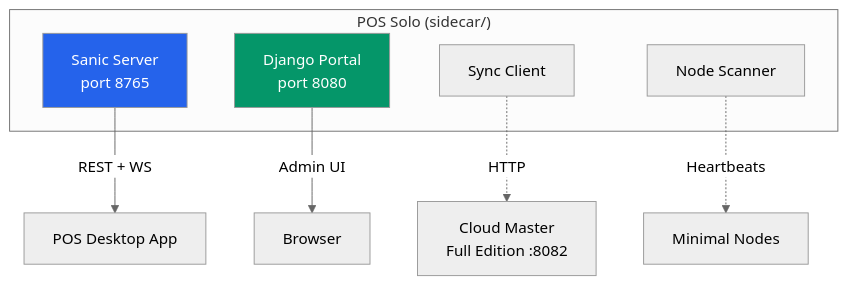
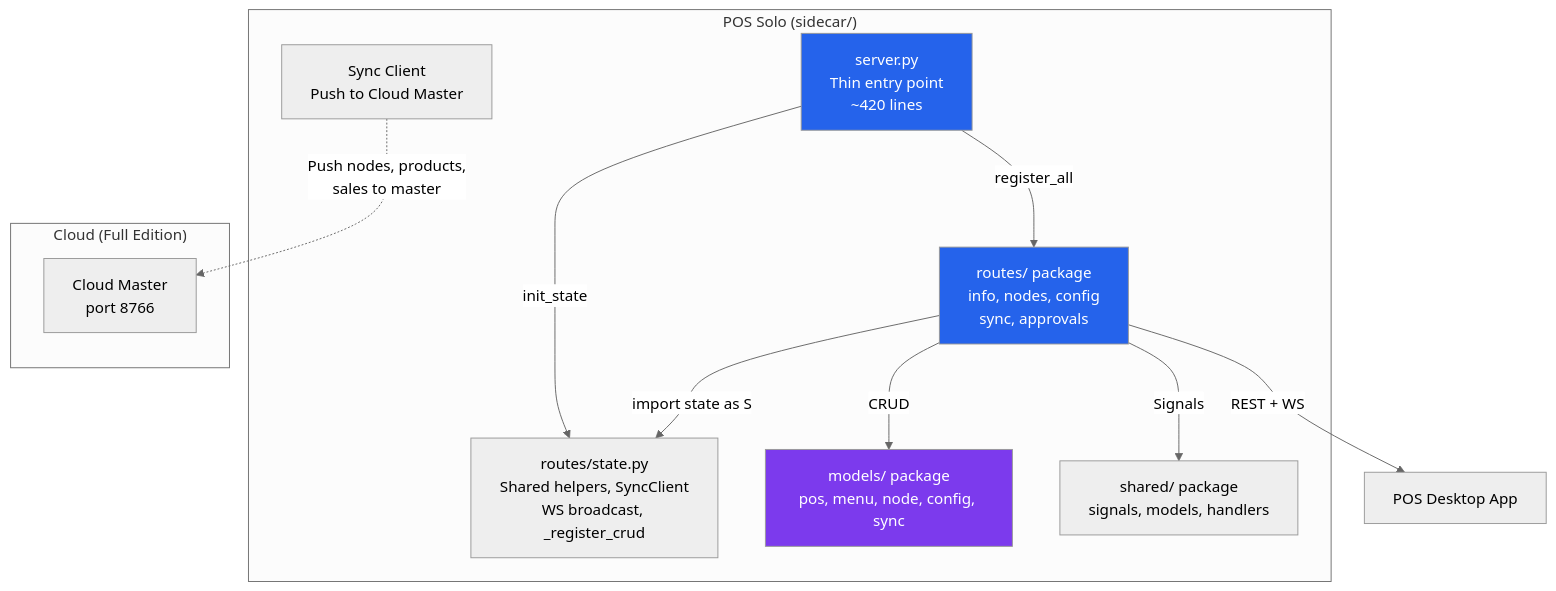
One commit to mammhoud/django-fusion changed the diagram in projects/pos/pos-solo/sidecar/ARCHITECTURE.md. Above: the diagram before and after it, drawn with Mermaid (neutral theme). The commit also changed other lines of this file and 4 other files, not shown here.

First line of the commit message:
fix: pos-full webhook tests + comprehensive test results docs

````diff
--- a/projects/pos/pos-solo/sidecar/ARCHITECTURE.md
+++ b/projects/pos/pos-solo/sidecar/ARCHITECTURE.md
@@ -38,20 +66,27 @@
 ```mermaid
 graph TB
     subgraph "POS Solo (sidecar/)"
-        SANIC[Sanic Server
-        port 8765]
-        DJANGO[Django Portal
-        port 8080]
-        SYNC[Sync Client]
-        SCANNER[Node Scanner]
+        SERVER[server.py<br/>Thin entry point<br/>~420 lines]
+        ROUTES[routes/ package<br/>info, nodes, config<br/>sync, approvals]
+        STATE[routes/state.py<br/>Shared helpers, SyncClient<br/>WS broadcast, _register_crud]
+        MODELS[models/ package<br/>pos, menu, node, config, sync]
+        SHARED[shared/ package<br/>signals, models, handlers]
+        SYNC[Sync Client<br/>Push to Cloud Master]
     end
 
-    SANIC -->|REST + WS| Tauri[POS Desktop App]
-    DJANGO -->|Admin UI| Browser
-    SYNC -.->|HTTP| MASTER[Cloud Master
-    Full Edition :8082]
-    SCANNER -.->|Heartbeats| MINIMAL[Minimal Nodes]
+    subgraph "Cloud (Full Edition)"
+        MASTER[Cloud Master<br/>port 8766]
+    end
 
-    style SANIC fill:#2563eb,color:#fff
-    style DJANGO fill:#059669,color:#fff
+    SERVER -->|init_state| STATE
+    SERVER -->|register_all| ROUTES
+    ROUTES -->|import state as S| STATE
+    ROUTES -->|CRUD| MODELS
+    ROUTES -->|Signals| SHARED
+    ROUTES -->|REST + WS| Tauri[POS Desktop App]
+    SYNC -.->|Push nodes, products,<br/>sales to master| MASTER
+
+    style SERVER fill:#2563eb,color:#fff
+    style ROUTES fill:#2563eb,color:#fff
+    style MODELS fill:#7c3aed,color:#fff
 ```
````
